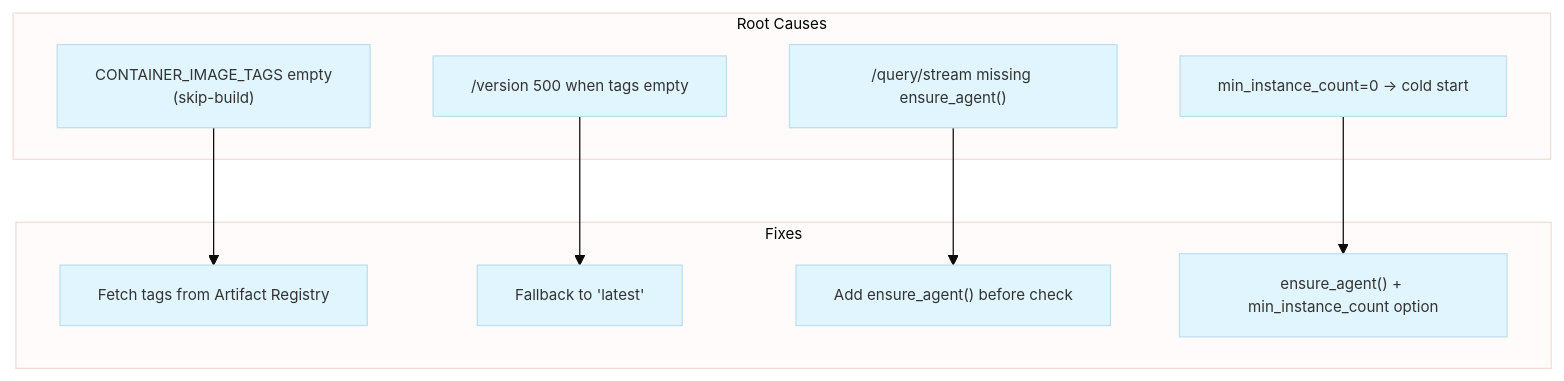
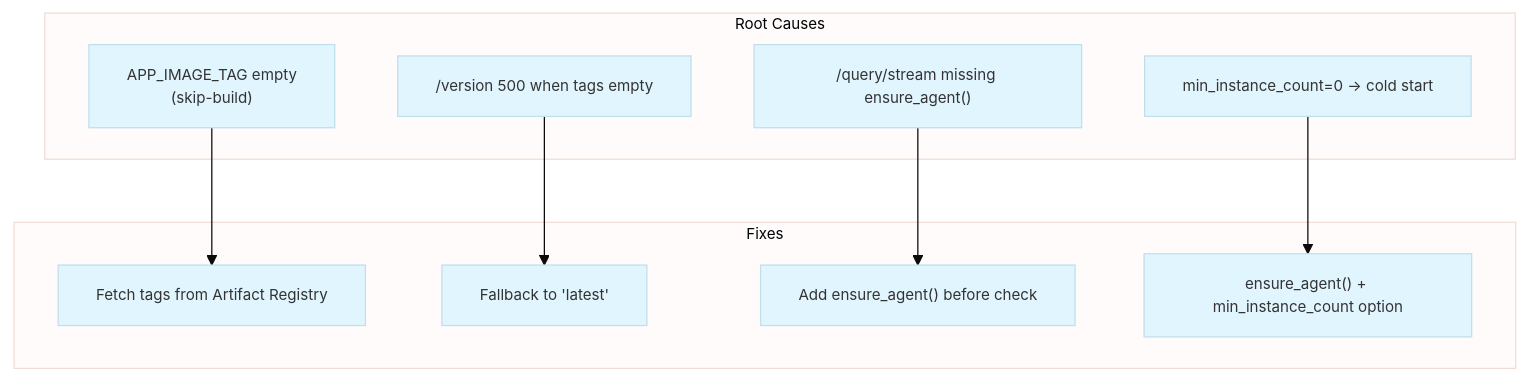
Before and after one commit to horselord-joe-8053/ultra-fru-genai-analytics-new: the second of 5 diagrams in docs/learned/cloud_shared/BACKEND_SCALING_NONKUBE_MULTI_CLOUD.md, drawn with Mermaid. The commit also changed other lines of this file and 35 other files, not shown here.

Commit message:
Refactor image tag resolution and add local space management docs/scripts

````diff
--- a/docs/learned/cloud_shared/BACKEND_SCALING_NONKUBE_MULTI_CLOUD.md
+++ b/docs/learned/cloud_shared/BACKEND_SCALING_NONKUBE_MULTI_CLOUD.md
@@ -60,20 +60,20 @@
 ```mermaid
 %%{init: {'theme':'base', 'themeVariables': {'fontSize':'12px', 'primaryColor':'#e1f5fe', 'secondaryColor':'#fff3e0'}}}%%
 flowchart TB
     subgraph RC["Root Causes"]
-        R1["CONTAINER_IMAGE_TAGS empty<br/>(skip-build)"]
+        R1["APP_IMAGE_TAG empty<br/>(skip-build)"]
         R2["/version 500 when tags empty"]
         R3["/query/stream missing ensure_agent()"]
         R4["min_instance_count=0 → cold start"]
     end
     subgraph FX["Fixes"]
         F1["Fetch tags from Artifact Registry"]
         F2["Fallback to 'latest'"]
         F3["Add ensure_agent() before check"]
         F4["ensure_agent() + min_instance_count option"]
     end
     R1 --> F1
     R2 --> F2
     R3 --> F3
     R4 --> F4
 ```
````
